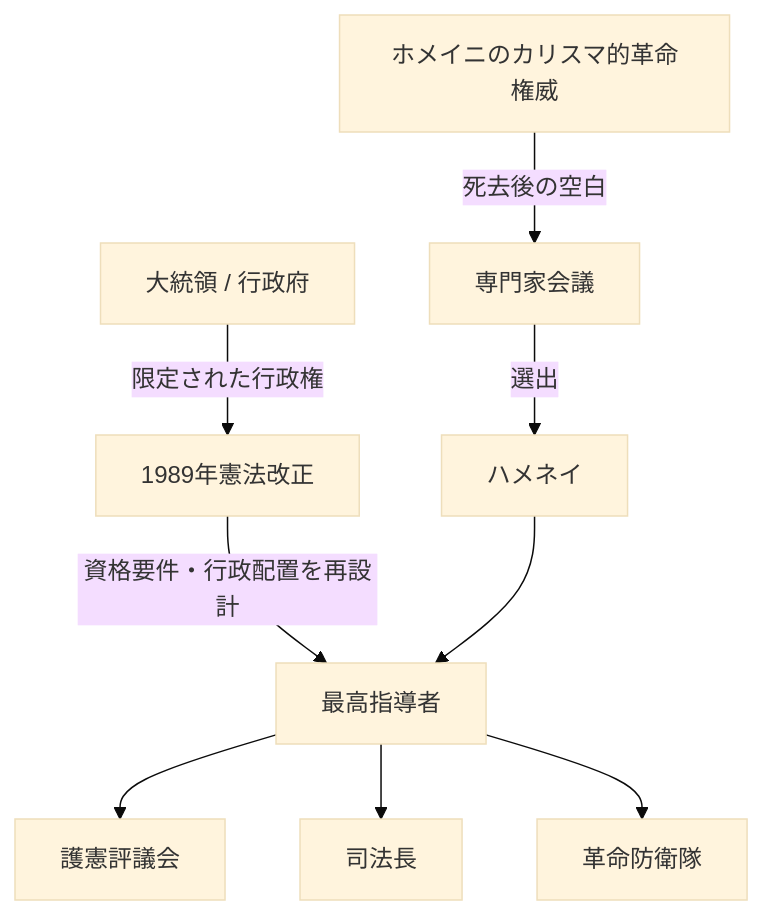
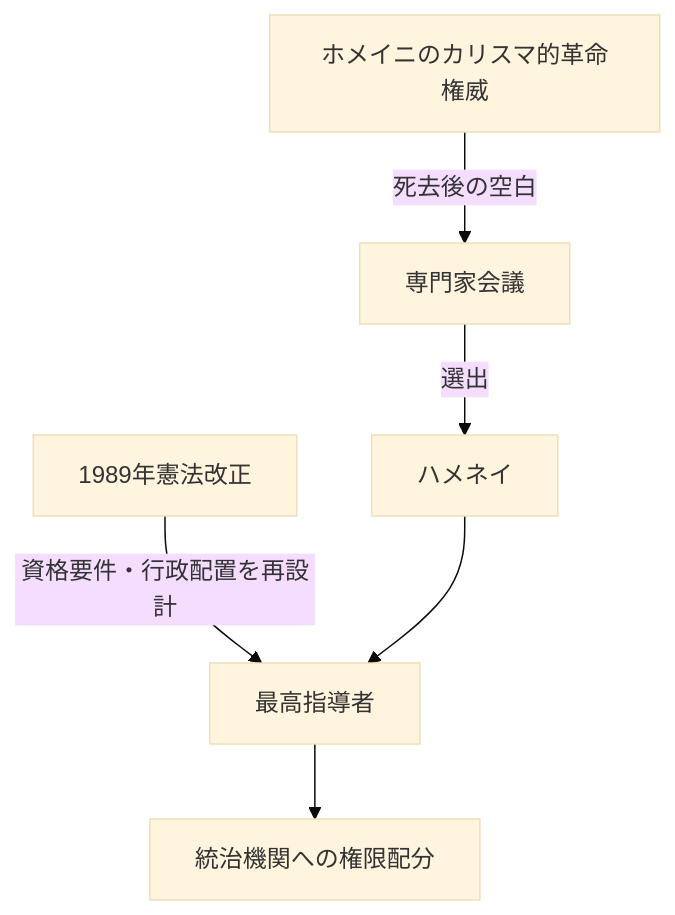
Before and after one commit to daylight55/research: the second of 3 diagrams in src/content/blog/khomeini-to-khamenei-transition.mdx, drawn with Mermaid (base theme). The commit also changed other lines of this file and 20 other files, not shown here.

Commit message:
Mermaid図の表示サイズを調整

````diff
--- a/src/content/blog/khomeini-to-khamenei-transition.mdx
+++ b/src/content/blog/khomeini-to-khamenei-transition.mdx
@@ -50,21 +50,15 @@
 ```mermaid
 flowchart TB
     Khomeini["ホメイニのカリスマ的革命権威"]
     Assembly["専門家会議"]
     Revision["1989年憲法改正"]
     Khamenei["ハメネイ"]
     Leader["最高指導者"]
-    GC["護憲評議会"]
-    JChief["司法長"]
-    IRGC["革命防衛隊"]
-    President["大統領 / 行政府"]
+    Institutions["統治機関への権限配分"]
 
     Khomeini -->|死去後の空白| Assembly
     Assembly -->|選出| Khamenei
     Revision -->|資格要件・行政配置を再設計| Leader
     Khamenei --> Leader
-    Leader --> GC
-    Leader --> JChief
-    Leader --> IRGC
-    President -->|限定された行政権| Revision
+    Leader --> Institutions
 ```
````
